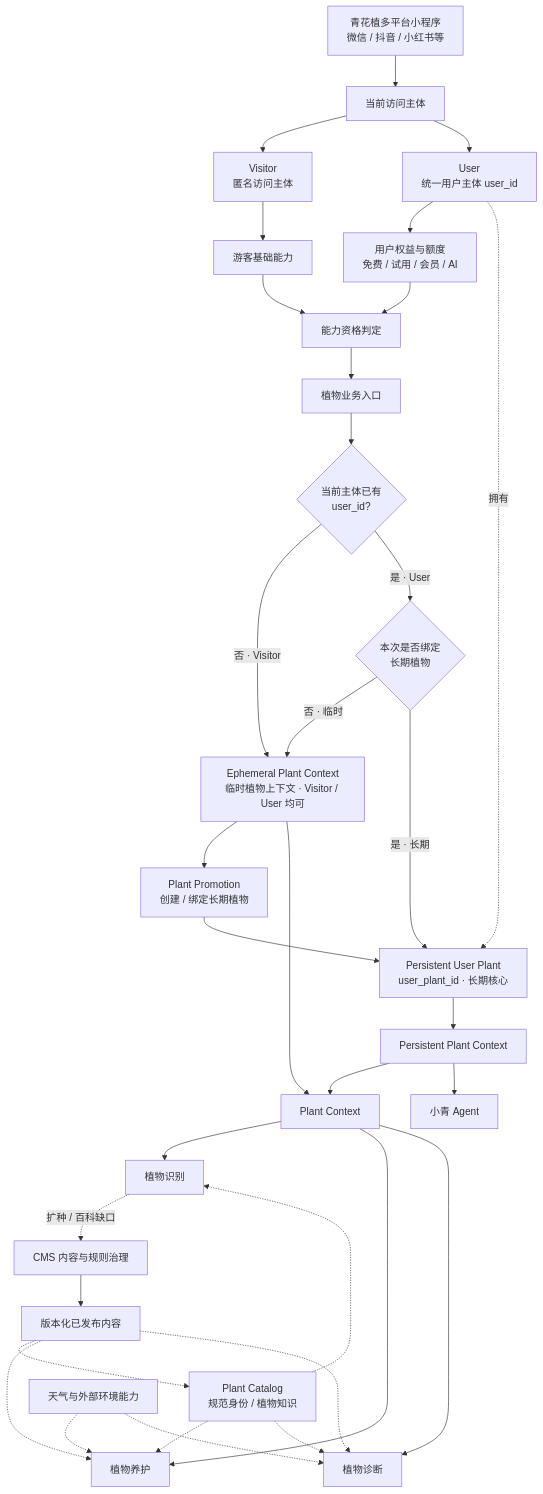
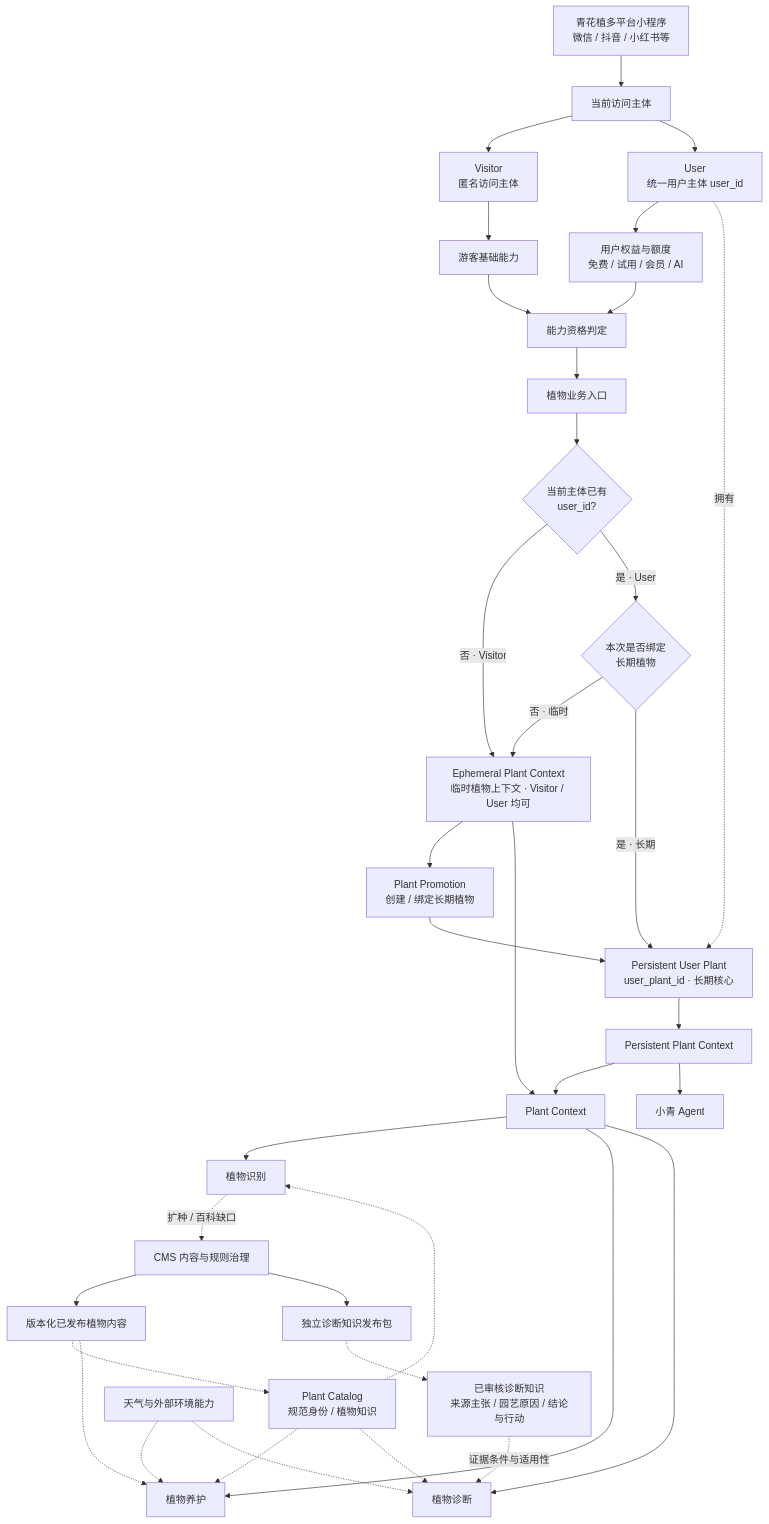
Before and after one commit to dang0705/planting: the second of 22 diagrams in docs/backend-v2/architecture/business-domain-layers.md, drawn with Mermaid. The commit also changed other lines of this file and 9 other files, not shown here.

````diff
--- a/docs/backend-v2/architecture/business-domain-layers.md
+++ b/docs/backend-v2/architecture/business-domain-layers.md
@@ -60,60 +64,64 @@
 ```mermaid
 flowchart TB
   client["青花植多平台小程序<br/>微信 / 抖音 / 小红书等"]
   principal["当前访问主体"]
   visitor["Visitor<br/>匿名访问主体"]
   user["User<br/>统一用户主体 user_id"]
   vability["游客基础能力"]
   entitlement["用户权益与额度<br/>免费 / 试用 / 会员 / AI"]
   capability["能力资格判定"]
   entry["植物业务入口"]
   subjectGate{"当前主体已有<br/>user_id?"}
   mode{"本次是否绑定<br/>长期植物"}
   ephemeral["Ephemeral Plant Context<br/>临时植物上下文 · Visitor / User 均可"]
   promotion["Plant Promotion<br/>创建 / 绑定长期植物"]
   userplant["Persistent User Plant<br/>user_plant_id · 长期核心"]
   persistentctx["Persistent Plant Context"]
   runtime["Plant Context"]
   identify["植物识别"]
   care["植物养护"]
   diagnosis["植物诊断"]
   agent["小青 Agent"]
   catalog["Plant Catalog<br/>规范身份 / 植物知识"]
   weather["天气与外部环境能力"]
   cms["CMS 内容与规则治理"]
-  published["版本化已发布内容"]
+  published["版本化已发布植物内容"]
+  diagpublished["独立诊断知识发布包"]
+  diagknowledge["已审核诊断知识<br/>来源主张 / 园艺原因 / 结论与行动"]
 
   client --> principal
   principal --> visitor
   principal --> user
   visitor --> vability
   user --> entitlement
   vability --> capability
   entitlement --> capability
   capability --> entry
   entry --> subjectGate
   subjectGate -->|否 · Visitor| ephemeral
   subjectGate -->|是 · User| mode
   mode -->|否 · 临时| ephemeral
   mode -->|是 · 长期| userplant
   ephemeral --> promotion
   promotion --> userplant
   user -. "拥有" .-> userplant
   userplant --> persistentctx
   persistentctx --> runtime
   ephemeral --> runtime
   runtime --> identify
   runtime --> care
   runtime --> diagnosis
   identify -. "扩种 / 百科缺口" .-> cms
   persistentctx --> agent
   catalog -.-> identify
   catalog -.-> care
   catalog -.-> diagnosis
   weather -.-> care
   weather -.-> diagnosis
   cms --> published
+  cms --> diagpublished
   published -.-> catalog
   published -.-> care
-  published -.-> diagnosis
+  diagpublished -.-> diagknowledge
+  diagknowledge -. "证据条件与适用性" .-> diagnosis
 ```
````
